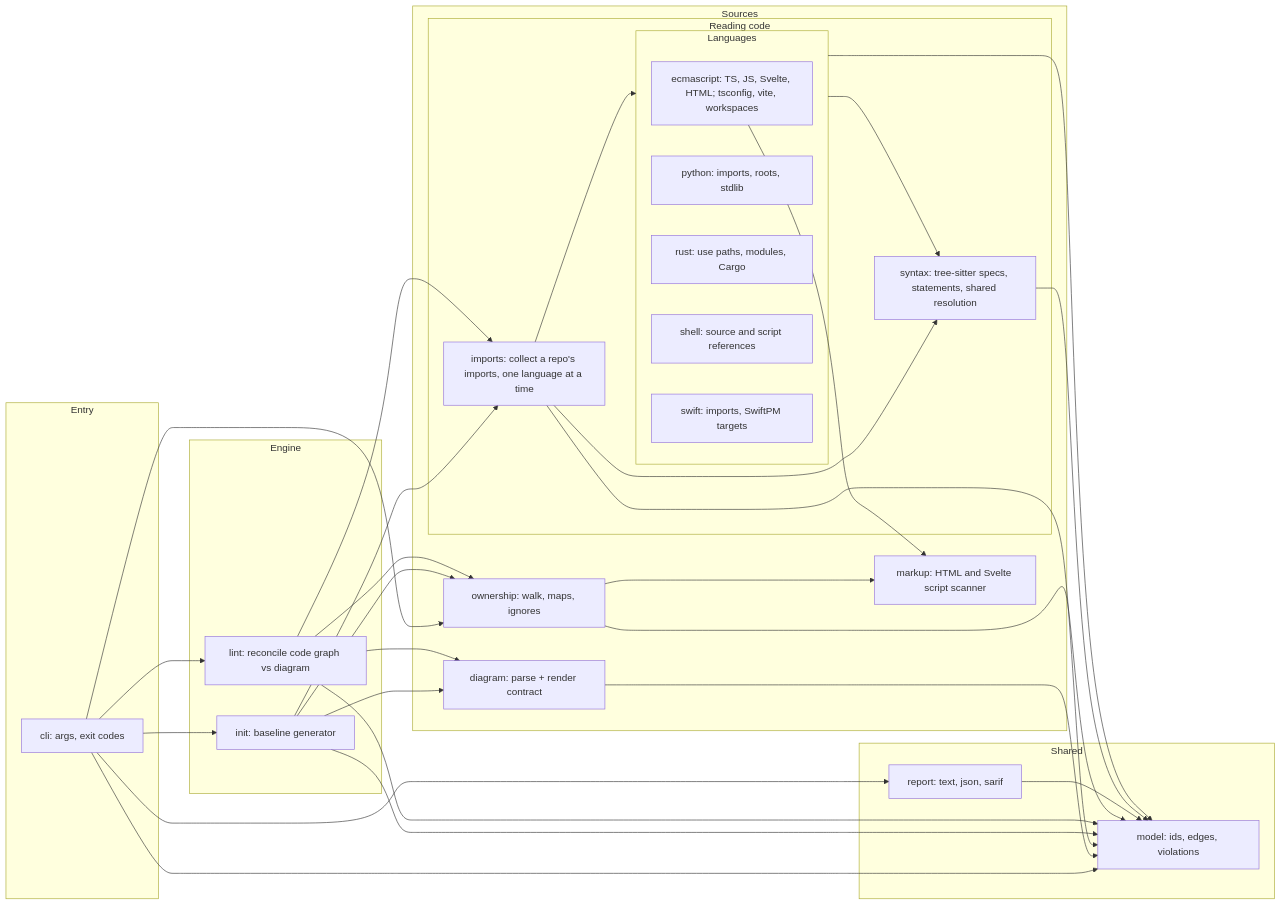
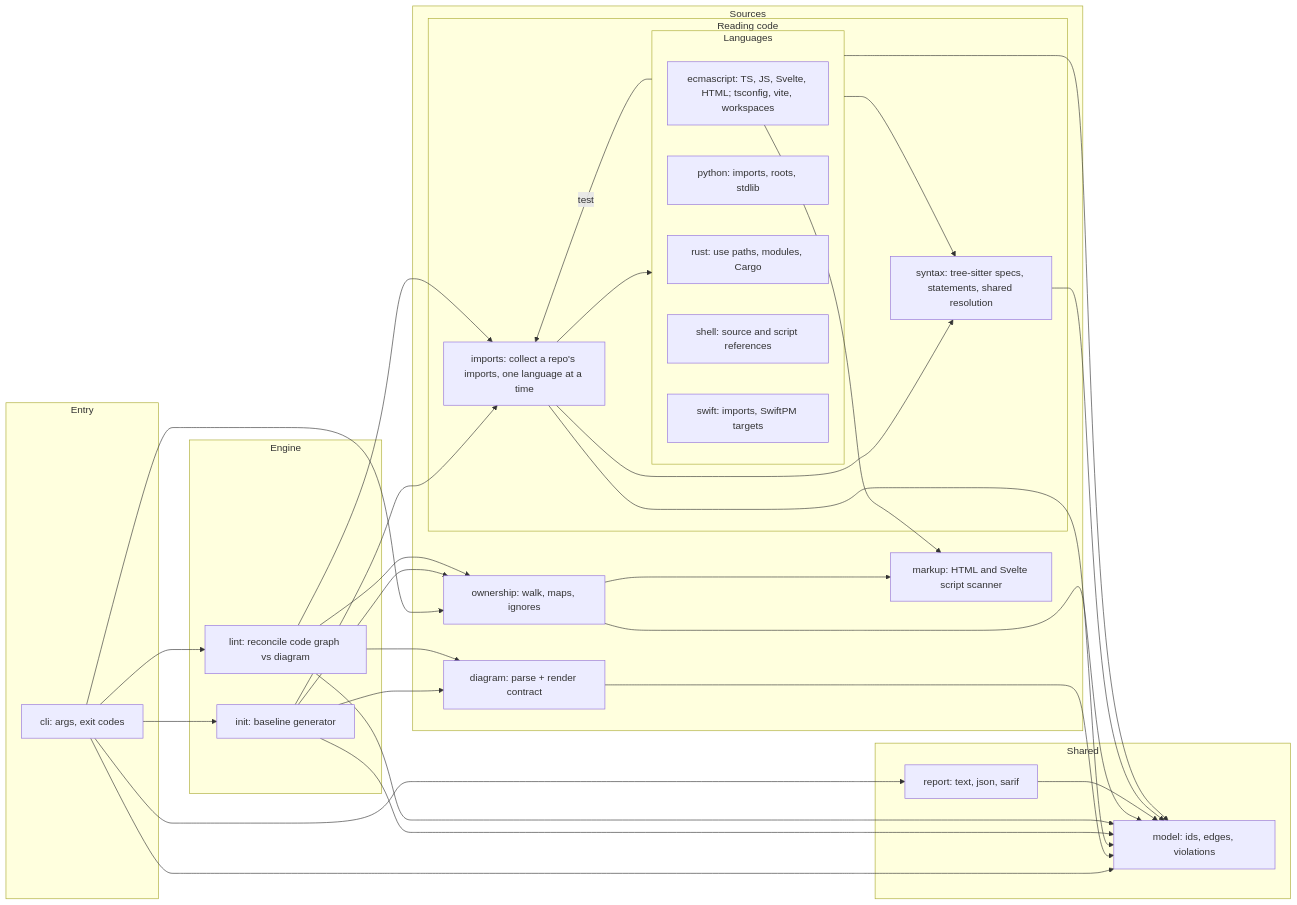
Before and after one commit to phanshiyu/driftwall: the diagram in architecture.mmd, drawn with Mermaid. The commit also changed 33 other files, not shown here.

First line of the commit message:
imports: each language keeps its own pipeline tests, through a test edge to imports

```diff
--- a/architecture.mmd
+++ b/architecture.mmd
@@ -1,91 +1,92 @@
 %% driftwall architecture contract.
 %% Solid arrow  (-->)  = implemented dependency, enforced.
 %% Dotted arrow (-.->) = planned dependency, tolerated until built.
 flowchart LR
 
   subgraph engine["Engine"]
     init["init: baseline generator"]
     lint["lint: reconcile code graph vs diagram"]
   end
 
   subgraph entry["Entry"]
     cli["cli: args, exit codes"]
   end
 
   subgraph shared["Shared"]
     model["model: ids, edges, violations"]
     report["report: text, json, sarif"]
   end
 
   subgraph sources["Sources"]
     subgraph reading["Reading code"]
       subgraph languages["Languages"]
         ecmascript["ecmascript: TS, JS, Svelte, HTML; tsconfig, vite, workspaces"]
         python["python: imports, roots, stdlib"]
         rust["rust: use paths, modules, Cargo"]
         shell["shell: source and script references"]
         swift["swift: imports, SwiftPM targets"]
       end
       imports["imports: collect a repo's imports, one language at a time"]
       syntax["syntax: tree-sitter specs, statements, shared resolution"]
     end
     diagram["diagram: parse + render contract"]
     markup["markup: HTML and Svelte script scanner"]
     ownership["ownership: walk, maps, ignores"]
   end
 
   cli --> init
   cli --> lint
   cli --> model
   cli --> ownership
   cli --> report
   diagram --> model
   ecmascript --> markup
   imports --> model
   imports --> syntax
   init --> diagram
   init --> imports
   init --> model
   init --> ownership
   lint --> diagram
   lint --> imports
   lint --> model
   lint --> ownership
   ownership --> markup
   ownership --> model
   report --> model
   syntax --> model
   imports --> languages
+  languages -->|test| imports
   languages --> model
   languages --> syntax
 
   %% order: entry > engine > sources > shared
   %% isolated: languages
   %% no-cycles
   %% no-cycles: boundaries
   %% tests: isolated
   %% facade imports
 
   %% packages markup:
   %% forbid-packages model: tree_sitter*, ignore, rayon, clap, anyhow
   %% forbid-packages report: tree_sitter*, ignore, rayon, clap, anyhow
   %% forbid-packages diagram: tree_sitter*, ignore, rayon, clap, anyhow
   %% forbid-packages lint: tree_sitter*, ignore, clap, anyhow
   %% forbid-packages init: tree_sitter*, ignore, clap, anyhow
   %% forbid-packages ownership: tree_sitter*, clap, anyhow
 
   %% map cli: src/cli/, src/lib.rs
   %% map lint: src/lint/
   %% map init: src/init/
   %% map diagram: src/diagram/
   %% map ownership: src/ownership/
   %% map imports: src/imports/
   %% map ecmascript: src/imports/ecmascript/
   %% map python: src/imports/python/
   %% map rust: src/imports/rust/
   %% map swift: src/imports/swift/
   %% map shell: src/imports/shell/
   %% map syntax: src/imports/syntax/
   %% map markup: src/markup/
   %% map model: src/model/
   %% map report: src/report/
```
